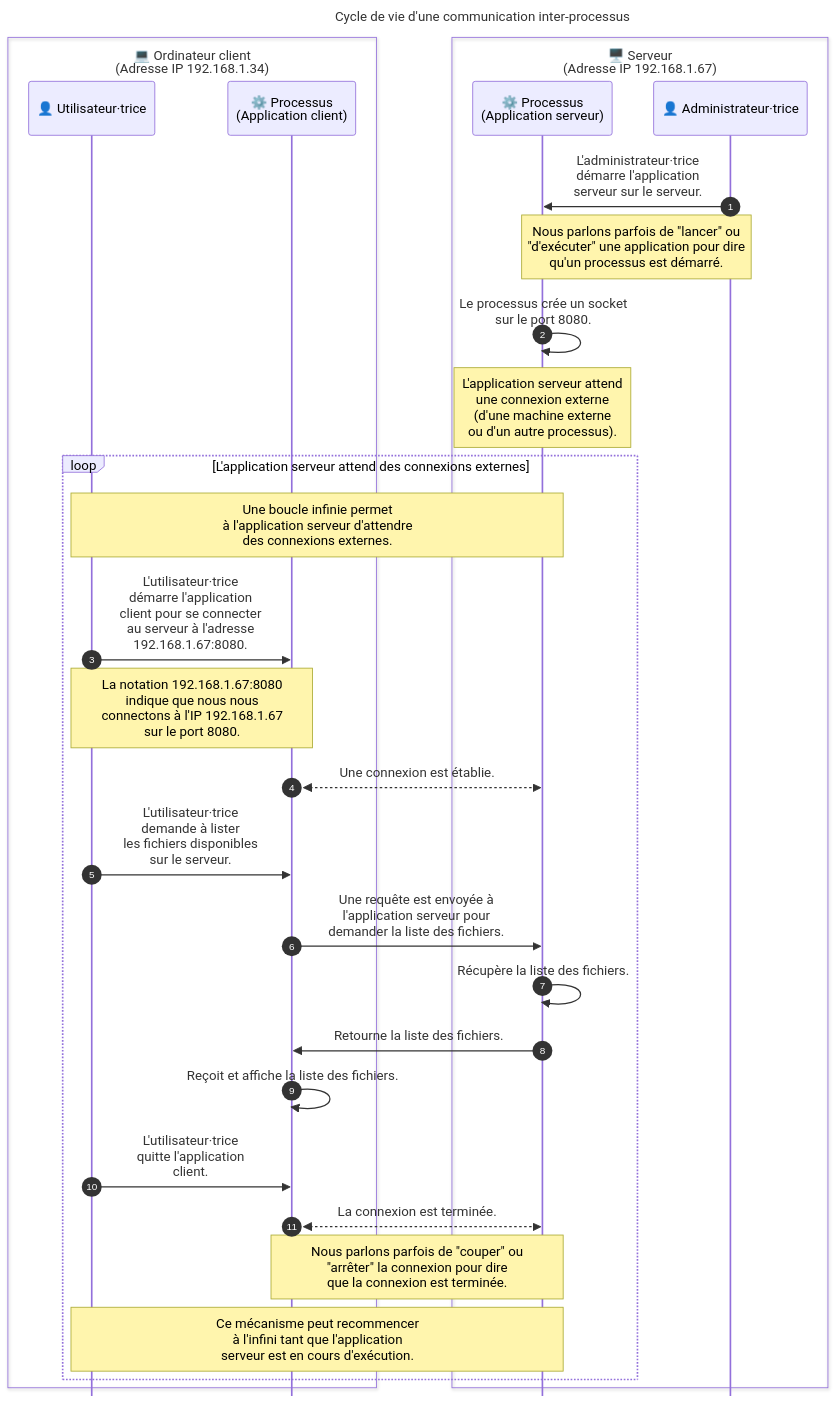
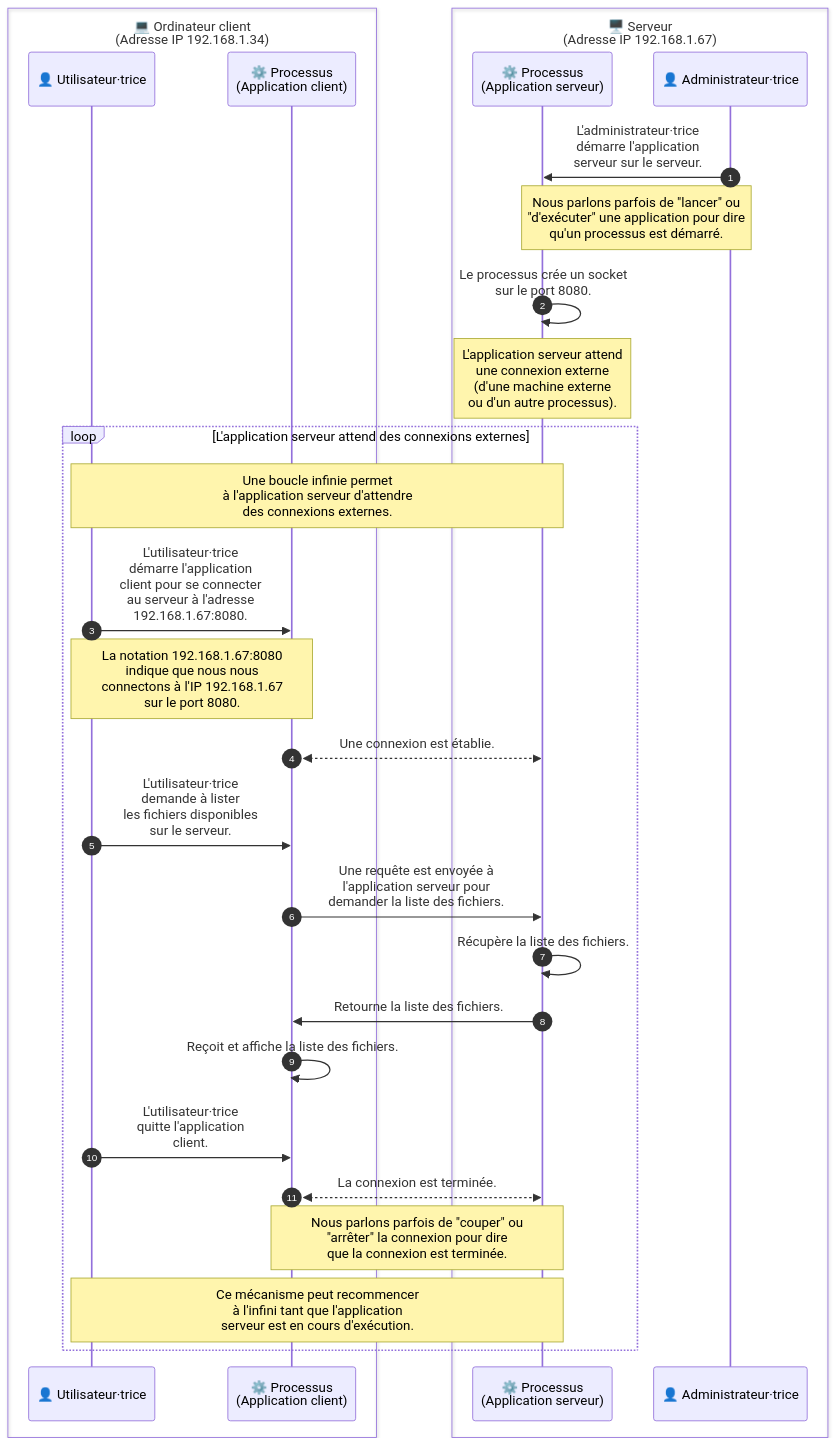
Before and after one commit to heig-vd-upinfo-course/heig-vd-upinfo-course: the diagram in src/content/docs/04-communications-reseaux-et-internet/08-communications-inter-processus.mdx, drawn with Mermaid. The commit also changed 2 other files, not shown here.

Commit message:
Amélioration des diagrammes

````diff
--- a/src/content/docs/04-communications-reseaux-et-internet/08-communications-inter-processus.mdx
+++ b/src/content/docs/04-communications-reseaux-et-internet/08-communications-inter-processus.mdx
@@ -99,55 +99,50 @@
 ```mermaid
----
-title: Cycle de vie d'une communication inter-processus
-config:
-    mirrorActors: false
----
 sequenceDiagram
   autonumber
 
   box 💻 Ordinateur client<br/>(Adresse IP 192.168.1.34)
     participant User as 👤 Utilisateur·trice
     participant ClientProcess as ⚙️ Processus<br/>(Application client)
 
   end
 
   box 🖥️ Serveur<br/>(Adresse IP 192.168.1.67)
     participant ServerProcess as ⚙️ Processus<br/>(Application serveur)
     participant Admin as 👤 Administrateur·trice
   end
 
   Admin ->> ServerProcess: L'administrateur·trice<br/>démarre l'application<br/>serveur sur le serveur.
 
   Note over Admin, ServerProcess: Nous parlons parfois de "lancer" ou<br/>"d'exécuter" une application pour dire<br/>qu'un processus est démarré.
 
   ServerProcess ->> ServerProcess: Le processus crée un socket<br/>sur le port 8080.
 
   Note over ServerProcess: L'application serveur attend<br/>une connexion externe<br/>(d'une machine externe<br/>ou d'un autre processus).
 
   loop L'application serveur attend des connexions externes
     Note over User, ServerProcess: Une boucle infinie permet<br/>à l'application serveur d'attendre<br/>des connexions externes.
 
     User ->> ClientProcess: L'utilisateur·trice<br/>démarre l'application<br/>client pour se connecter<br/>au serveur à l'adresse<br/>192.168.1.67:8080.
 
     Note over User, ClientProcess: La notation 192.168.1.67:8080<br/>indique que nous nous<br/>connectons à l'IP 192.168.1.67<br/>sur le port 8080.
 
     ClientProcess <<-->> ServerProcess: Une connexion est établie.
     User ->> ClientProcess: L'utilisateur·trice<br/>demande à lister<br/>les fichiers disponibles<br/>sur le serveur.
 
     ClientProcess ->> ServerProcess: Une requête est envoyée à<br/>l'application serveur pour<br/>demander la liste des fichiers.
 
     ServerProcess ->> ServerProcess: Récupère la liste des fichiers.
 
     ServerProcess ->> ClientProcess: Retourne la liste des fichiers.
 
     ClientProcess ->> ClientProcess: Reçoit et affiche la liste des fichiers.
 
     User ->> ClientProcess: L'utilisateur·trice<br/>quitte l'application<br/>client.
 
     ClientProcess <<-->> ServerProcess: La connexion est terminée.
 
     Note over ClientProcess, ServerProcess: Nous parlons parfois de "couper" ou<br/>"arrêter" la connexion pour dire<br/>que la connexion est terminée.
 
     Note over User, ServerProcess: Ce mécanisme peut recommencer<br/>à l'infini tant que l'application<br/>serveur est en cours d'exécution.
   end
 ```
````
